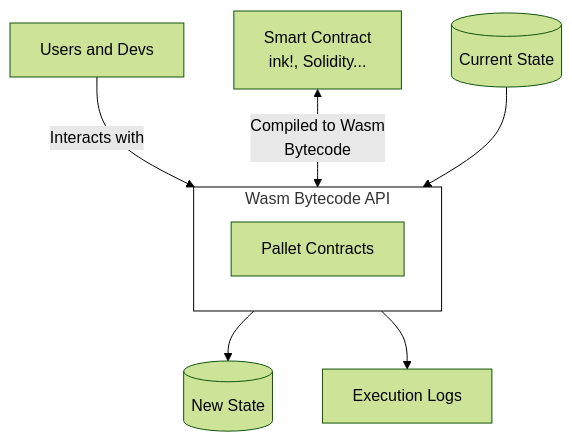
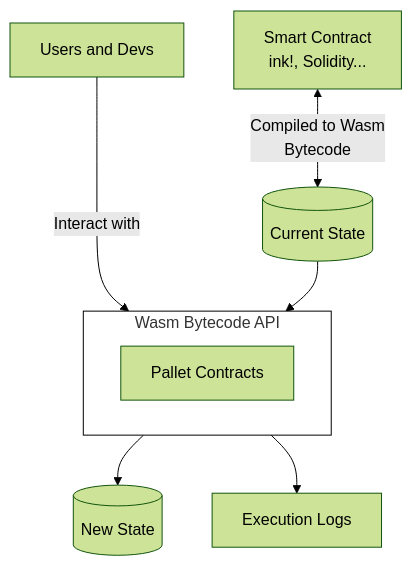
Before and after one commit to polkadot-developers/polkadot-docs: the fourth of 4 diagrams in develop/smart-contracts/overview.md, drawn with Mermaid (forest theme). The commit also changed other lines of this file, not shown here.

Commit message:
improve mermaids

````diff
--- a/develop/smart-contracts/overview.md
+++ b/develop/smart-contracts/overview.md
@@ -125,19 +130,19 @@
 ``` mermaid
 flowchart TD
     
     subgraph A[Wasm Bytecode API]
         C[Pallet Contracts]
     end
 
-    B[Users and Devs] -- Interacts with --> A
+    B[Users and Devs] -- Interact with ---> A
     
     D[(Current State)]
 
-    E[Smart Contract<br/>ink!, Solidity...] <-->|Compiled to Wasm<br/>Bytecode| A
+    E[Smart Contract<br/>ink!, Solidity...] <-->|Compiled to Wasm<br/>Bytecode| D
 
     D --> A
     A --> F[(New State)]
     A --> G[Execution Logs]
 
     style A fill:#ffffff,stroke:#000000,stroke-width:1px
 ```
````
